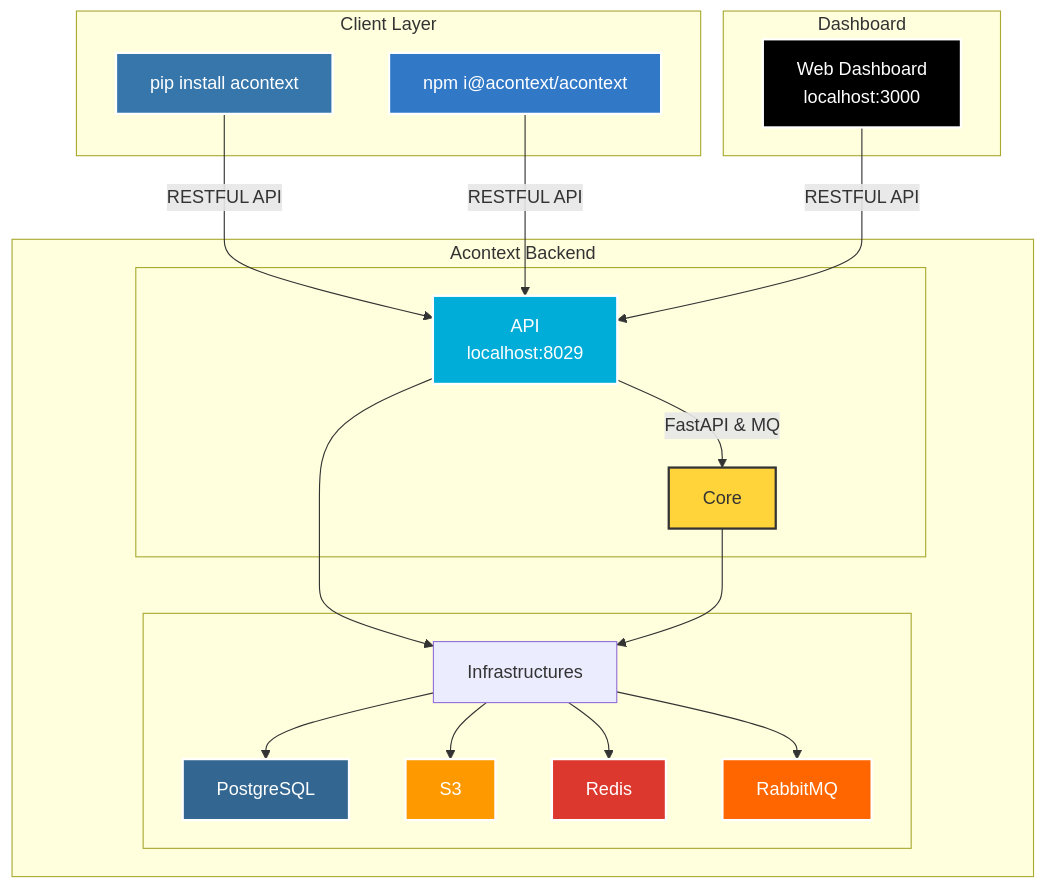
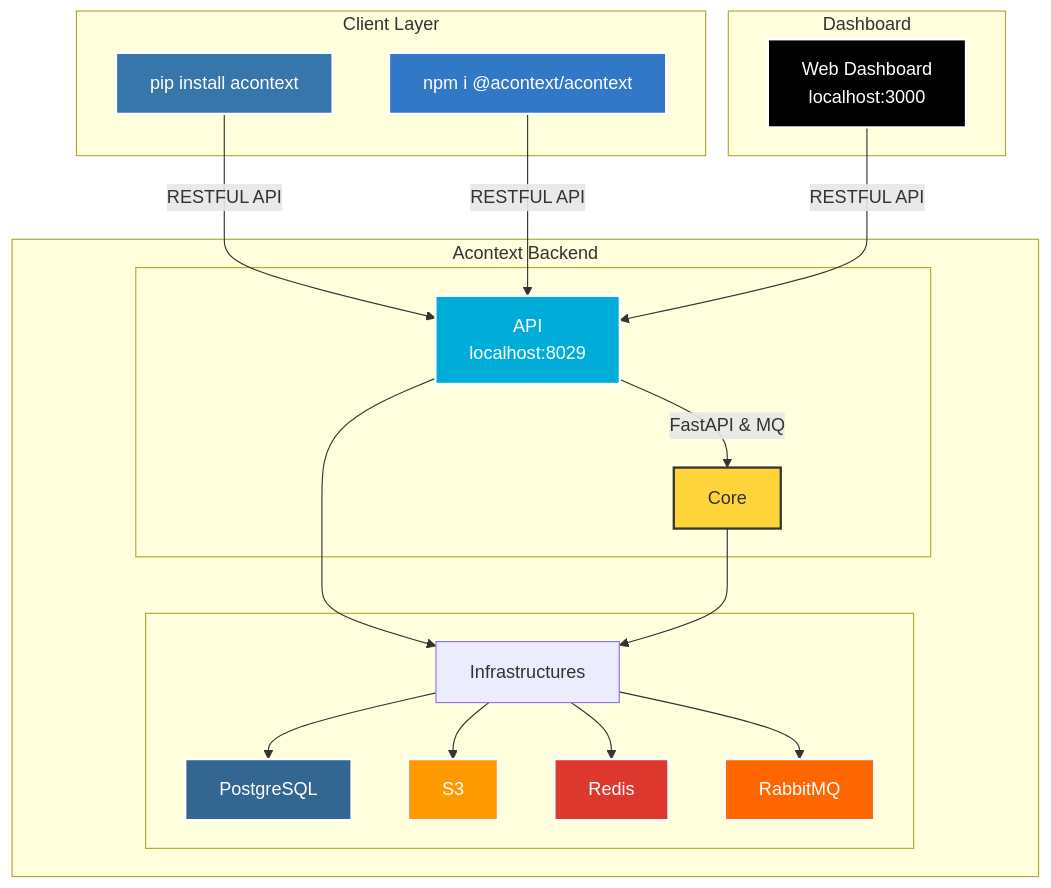
The first of 2 diagrams in README.md (LegendEvent/Acontext), drawn with Mermaid before and after one commit.

Commit message:
docs: fix command

````diff
--- a/README.md
+++ b/README.md
@@ -159,49 +159,49 @@
 ```mermaid
 graph TB
     subgraph "Client Layer"
         PY["pip install acontext"]
-        TS["npm i@acontext/acontext"]
+        TS["npm i @acontext/acontext"]
     end
     
     subgraph "Acontext Backend"
       subgraph " "
           API["API<br/>localhost:8029"]
           CORE["Core"]
           API -->|FastAPI & MQ| CORE
       end
       
       subgraph " "
           Infrastructure["Infrastructures"]
           PG["PostgreSQL"]
           S3["S3"]
           REDIS["Redis"]
           MQ["RabbitMQ"]
       end
     end
     
     subgraph "Dashboard"
         UI["Web Dashboard<br/>localhost:3000"]
     end
     
     PY -->|RESTFUL API| API
     TS -->|RESTFUL API| API
     UI -->|RESTFUL API| API
     API --> Infrastructure
     CORE --> Infrastructure
 
     Infrastructure --> PG
     Infrastructure --> S3
     Infrastructure --> REDIS
     Infrastructure --> MQ
     
     
     style PY fill:#3776ab,stroke:#fff,stroke-width:2px,color:#fff
     style TS fill:#3178c6,stroke:#fff,stroke-width:2px,color:#fff
     style API fill:#00add8,stroke:#fff,stroke-width:2px,color:#fff
     style CORE fill:#ffd43b,stroke:#333,stroke-width:2px,color:#333
     style UI fill:#000,stroke:#fff,stroke-width:2px,color:#fff
     style PG fill:#336791,stroke:#fff,stroke-width:2px,color:#fff
     style S3 fill:#ff9900,stroke:#fff,stroke-width:2px,color:#fff
     style REDIS fill:#dc382d,stroke:#fff,stroke-width:2px,color:#fff
     style MQ fill:#ff6600,stroke:#fff,stroke-width:2px,color:#fff
 ```
````
